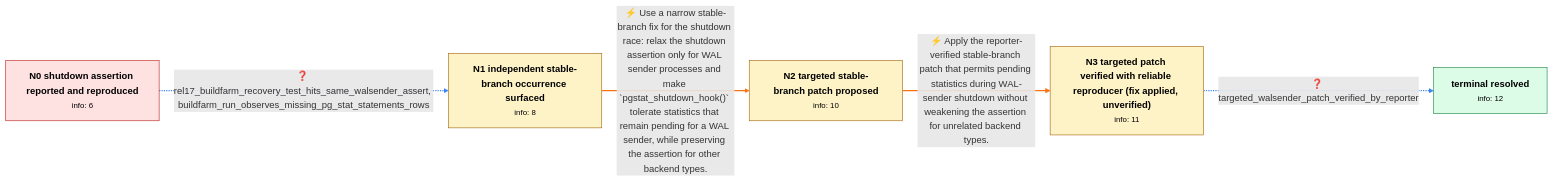
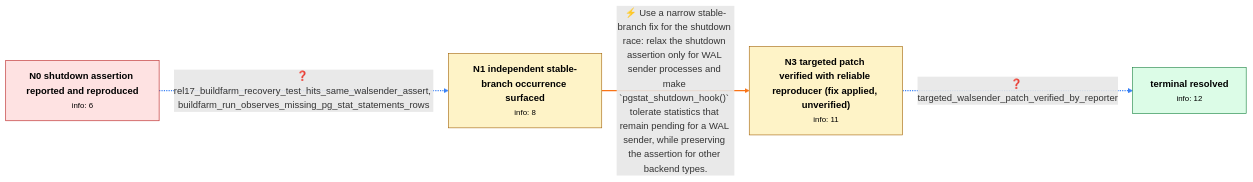
The diagram in data/pgsql_v0/review/pg_bug_18158.md (Chaoyi-He1/graph_bench), drawn with Mermaid before and after one commit. The commit also changed other lines of this file and 29 other files, not shown here.

````diff
--- a/data/pgsql_v0/review/pg_bug_18158.md
+++ b/data/pgsql_v0/review/pg_bug_18158.md
@@ -10,24 +10,20 @@
 ```mermaid
 flowchart LR
     N0["<b>N0 shutdown assertion reported and reproduced</b><br/><small>info: 6</small>"]
     N1["<b>N1 independent stable-branch occurrence surfaced</b><br/><small>info: 8</small>"]
-    N2["<b>N2 targeted stable-branch patch proposed</b><br/><small>info: 10</small>"]
     N3["<b>N3 targeted patch verified with reliable reproducer (fix applied, unverified)</b><br/><small>info: 11</small>"]
     N_terminal["<b>terminal resolved</b><br/><small>info: 12</small>"]
     N0 -.->|"❓ rel17_buildfarm_recovery_test_hits_same_walsender_assert, buildfarm_run_observes_missing_pg_stat_statements_rows"| N1
     linkStyle 0 stroke:#3b82f6,stroke-width:2px
-    N1 ==>|"⚡ Use a narrow stable-branch fix for the shutdown race: relax the shutdown assertion only for WAL sender processes and make `pgstat_shutdown_hook()` tolerate statistics that remain pending for a WAL sender, while preserving the assertion for other backend types."| N2
-    linkStyle 1 stroke:#f97316,stroke-width:2px
-    N2 ==>|"⚡ Apply the reporter-verified stable-branch patch that permits pending statistics during WAL-sender shutdown without weakening the assertion for unrelated backend types."| N3
+    N3 -.->|"❓ targeted_walsender_patch_verified_by_reporter"| N_terminal
+    linkStyle 1 stroke:#3b82f6,stroke-width:2px
+    N1 ==>|"⚡ Use a narrow stable-branch fix for the shutdown race: relax the shutdown assertion only for WAL sender processes and make `pgstat_shutdown_hook()` tolerate statistics that remain pending for a WAL sender, while preserving the assertion for other backend types."| N3
     linkStyle 2 stroke:#f97316,stroke-width:2px
-    N3 -.->|"❓ targeted_walsender_patch_verified_by_reporter"| N_terminal
-    linkStyle 3 stroke:#3b82f6,stroke-width:2px
     class N0 start
     class N1 normal
-    class N2 normal
     class N3 normal
     class N_terminal terminal
     classDef start fill:#fee2e2,stroke:#b91c1c,color:#000
     classDef terminal fill:#dcfce7,stroke:#15803d,color:#000
     classDef normal fill:#fef3c7,stroke:#a16207,color:#000
 ```
````
